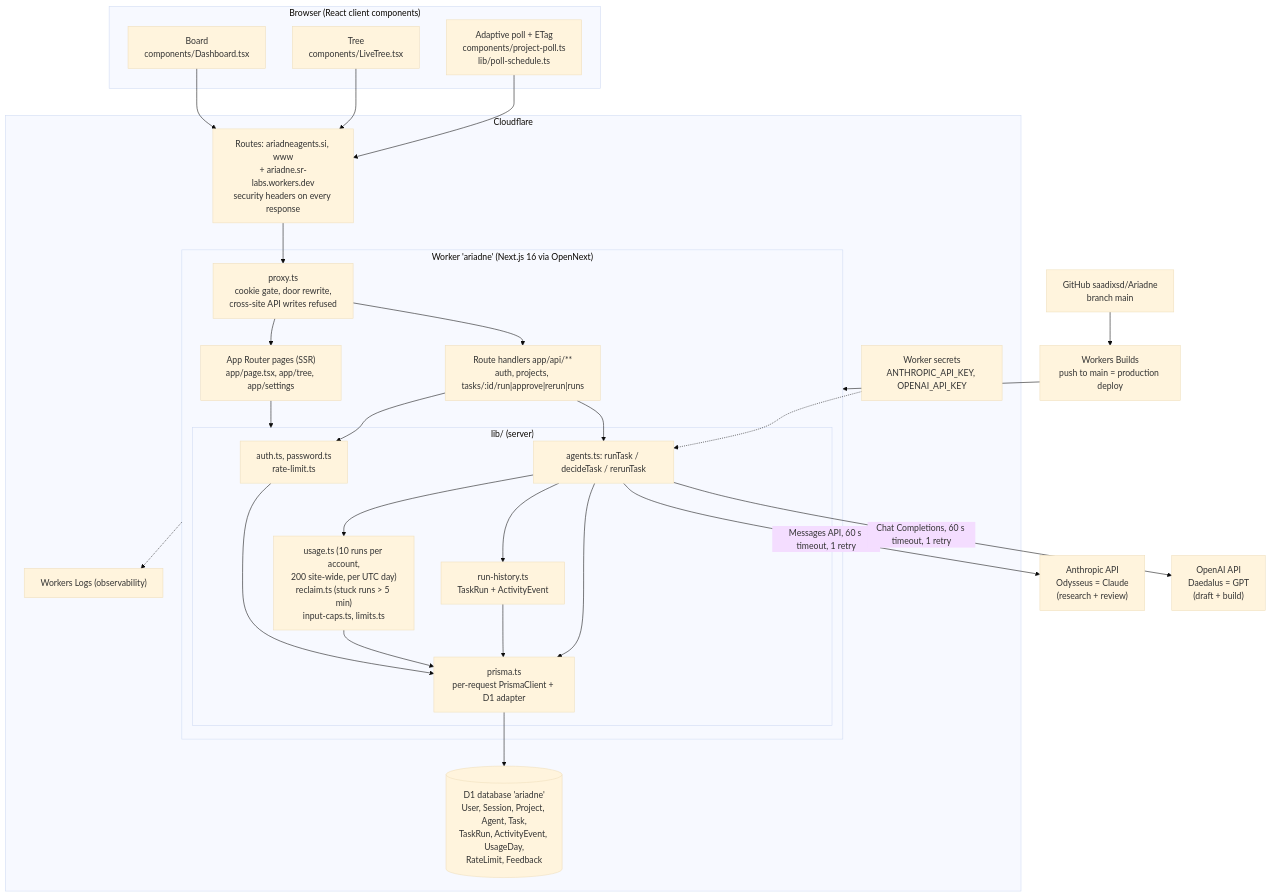
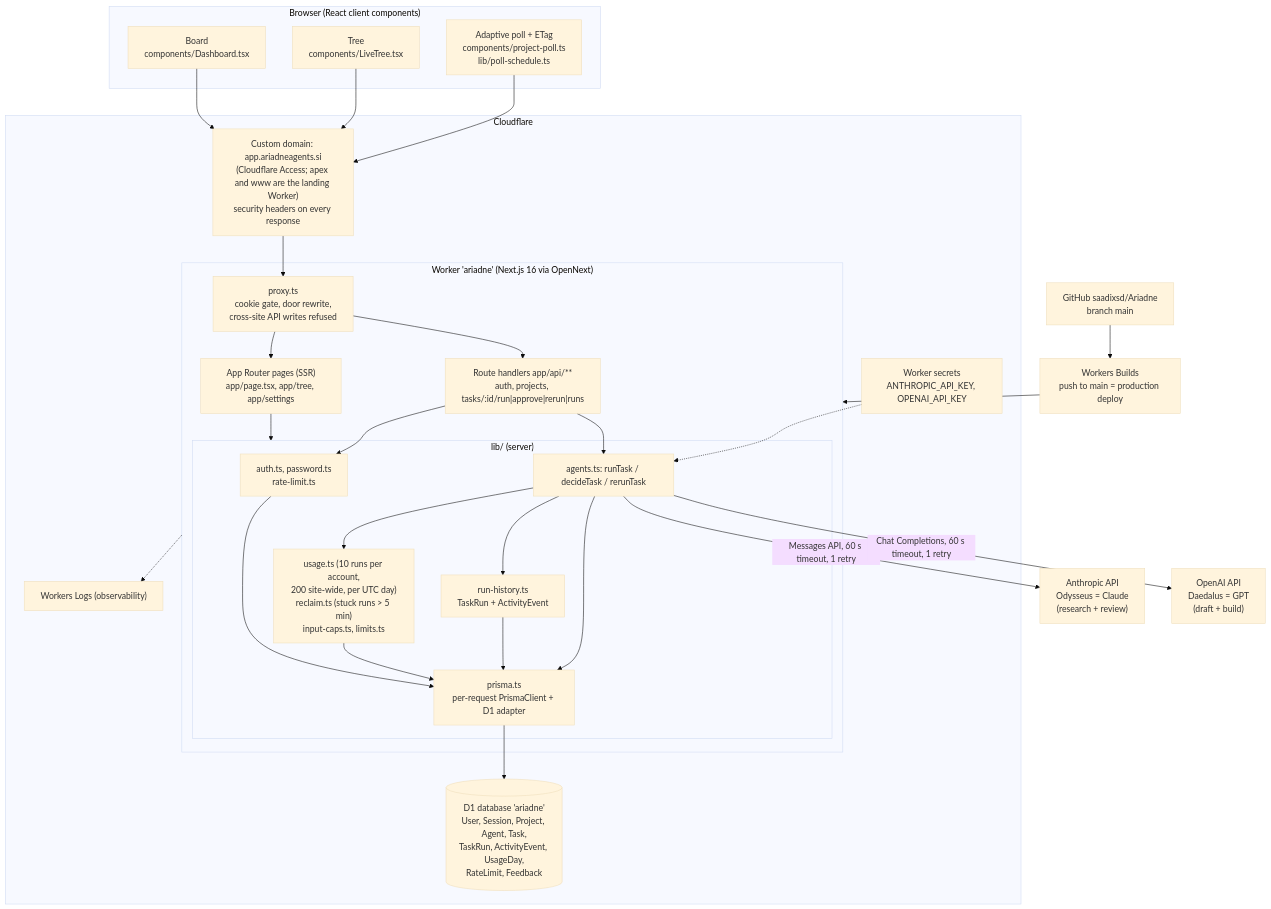
One commit to saadixsd/Ariadne changed the diagram in docs/diagrams/01-system-architecture.mmd. Above: the diagram before and after it, drawn with Mermaid (base theme). The commit also changed 9 other files, not shown here.

Commit message:
config: move the product to app.ariadneagents.si (custom domain), turn off workers.dev and preview URLs; landing gets the real Turnstile site key (test key only under npm run dev)

```diff
--- a/docs/diagrams/01-system-architecture.mmd
+++ b/docs/diagrams/01-system-architecture.mmd
@@ -1,51 +1,51 @@
 flowchart TB
   subgraph Browser["Browser (React client components)"]
     Board["Board<br/>components/Dashboard.tsx"]
     Tree["Tree<br/>components/LiveTree.tsx"]
     Poll["Adaptive poll + ETag<br/>components/project-poll.ts<br/>lib/poll-schedule.ts"]
   end
 
   subgraph CF["Cloudflare"]
-    Edge["Routes: ariadneagents.si, www<br/>+ ariadne.sr-labs.workers.dev<br/>security headers on every response"]
+    Edge["Custom domain: app.ariadneagents.si<br/>(Cloudflare Access; apex and www are the landing Worker)<br/>security headers on every response"]
     subgraph Worker["Worker 'ariadne' (Next.js 16 via OpenNext)"]
       Proxy["proxy.ts<br/>cookie gate, door rewrite,<br/>cross-site API writes refused"]
       Pages["App Router pages (SSR)<br/>app/page.tsx, app/tree, app/settings"]
       API["Route handlers app/api/**<br/>auth, projects, tasks/:id/run|approve|rerun|runs"]
       subgraph Lib["lib/ (server)"]
         Auth["auth.ts, password.ts<br/>rate-limit.ts"]
         Engine["agents.ts: runTask / decideTask / rerunTask"]
         Guards["usage.ts (10 runs per account,<br/>200 site-wide, per UTC day)<br/>reclaim.ts (stuck runs &gt; 5 min)<br/>input-caps.ts, limits.ts"]
         Hist["run-history.ts<br/>TaskRun + ActivityEvent"]
         DB["prisma.ts<br/>per-request PrismaClient + D1 adapter"]
       end
     end
     D1[("D1 database 'ariadne'<br/>User, Session, Project, Agent, Task,<br/>TaskRun, ActivityEvent, UsageDay,<br/>RateLimit, Feedback")]
     Secrets["Worker secrets<br/>ANTHROPIC_API_KEY, OPENAI_API_KEY"]
     Logs["Workers Logs (observability)"]
   end
 
   Anthropic["Anthropic API<br/>Odysseus = Claude<br/>(research + review)"]
   OpenAI["OpenAI API<br/>Daedalus = GPT<br/>(draft + build)"]
   GH["GitHub saadixsd/Ariadne<br/>branch main"]
   Builds["Workers Builds<br/>push to main = production deploy"]
 
   Board --> Edge
   Tree --> Edge
   Poll --> Edge
   Edge --> Proxy --> Pages
   Proxy --> API
   Pages --> Lib
   API --> Auth
   API --> Engine
   Engine --> Guards
   Engine --> Hist
   Auth --> DB
   Guards --> DB
   Hist --> DB
   Engine --> DB
   DB --> D1
   Engine -- "Messages API, 60 s timeout, 1 retry" --> Anthropic
   Engine -- "Chat Completions, 60 s timeout, 1 retry" --> OpenAI
   Secrets -.-> Engine
   Worker -.-> Logs
   GH --> Builds --> Worker
```
